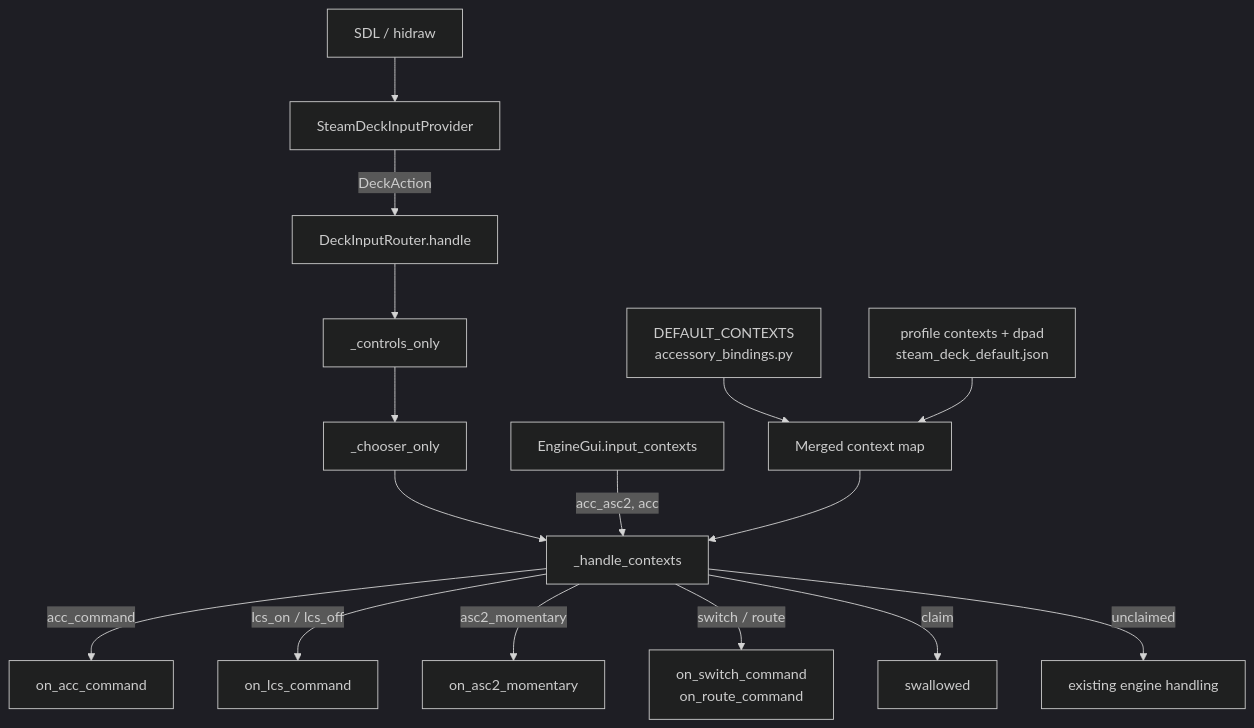
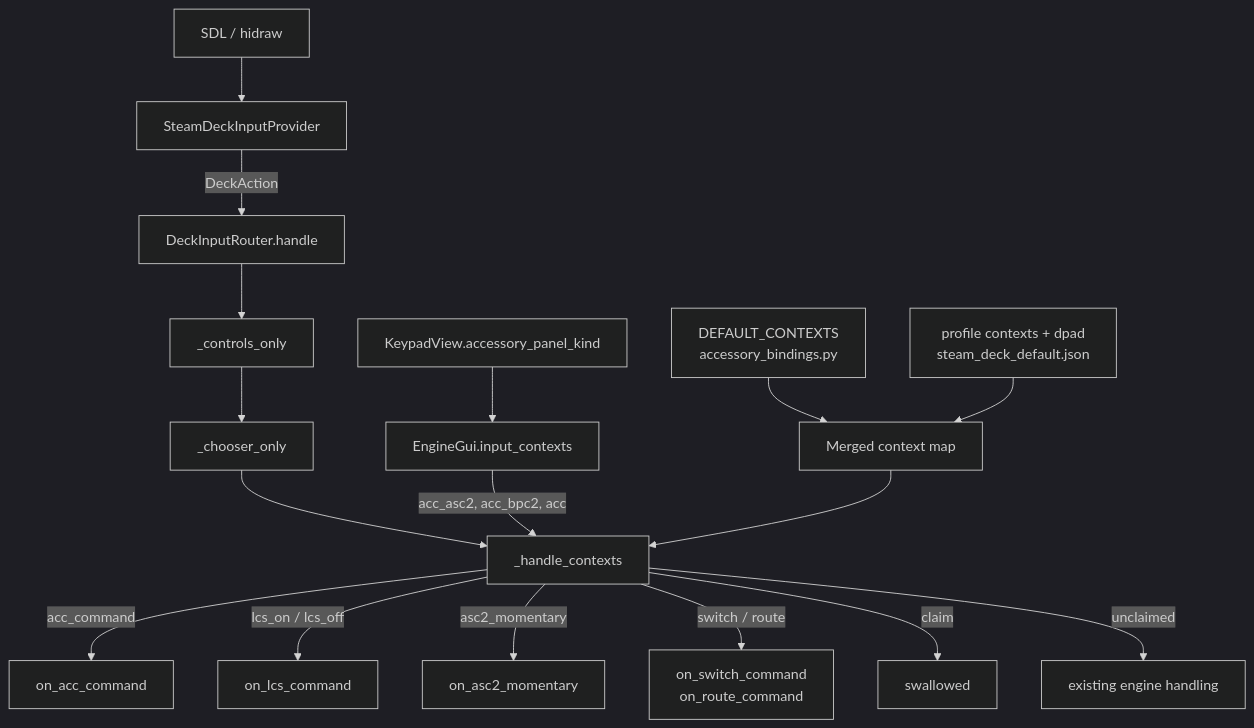
One commit to cdswindell/PyLegacy changed the diagram in .junie/plans/steam-deck-accessory-input-contexts.md. Above: the diagram before and after it, drawn with Mermaid (dark theme). The commit also changed other lines of this file and 10 other files, not shown here.

Commit message:
Expand accessory input handling for Steam Deck: enhance bundled profile validation, add tests for D-pad configurability, introduce context-aware bindings for toggle actions, refine default profile load, and ensure alignment between displayed panels and input contexts.

````diff
--- a/.junie/plans/steam-deck-accessory-input-contexts.md
+++ b/.junie/plans/steam-deck-accessory-input-contexts.md
@@ -286,21 +370,22 @@
 ```mermaid
 graph TD
   SDL[SDL / hidraw] --> P[SteamDeckInputProvider]
   P -->|DeckAction| R[DeckInputRouter.handle]
 
   R --> CO[_controls_only]
   CO --> CH[_chooser_only]
   CH --> HC[_handle_contexts]
 
-  G[EngineGui.input_contexts] -->|acc_asc2, acc| HC
+  K[KeypadView.accessory_panel_kind] --> G[EngineGui.input_contexts]
+  G -->|acc_asc2, acc_bpc2, acc| HC
   D[DEFAULT_CONTEXTS<br/>accessory_bindings.py] --> M[Merged context map]
   J[profile contexts + dpad<br/>steam_deck_default.json] --> M
   M --> HC
 
   HC -->|acc_command| A1[on_acc_command]
   HC -->|lcs_on / lcs_off| A2[on_lcs_command]
   HC -->|asc2_momentary| A3[on_asc2_momentary]
   HC -->|switch / route| A4[on_switch_command<br/>on_route_command]
   HC -->|claim| X[swallowed]
   HC -->|unclaimed| EN[existing engine handling]
 ```
````
